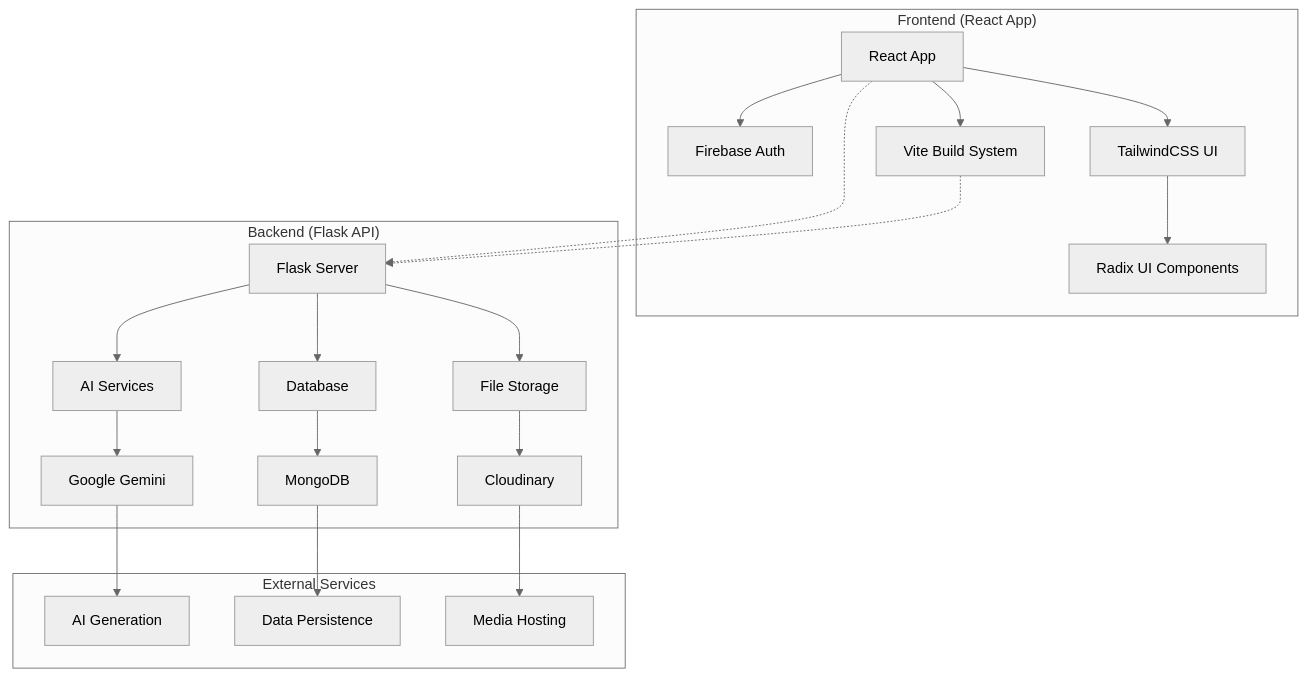
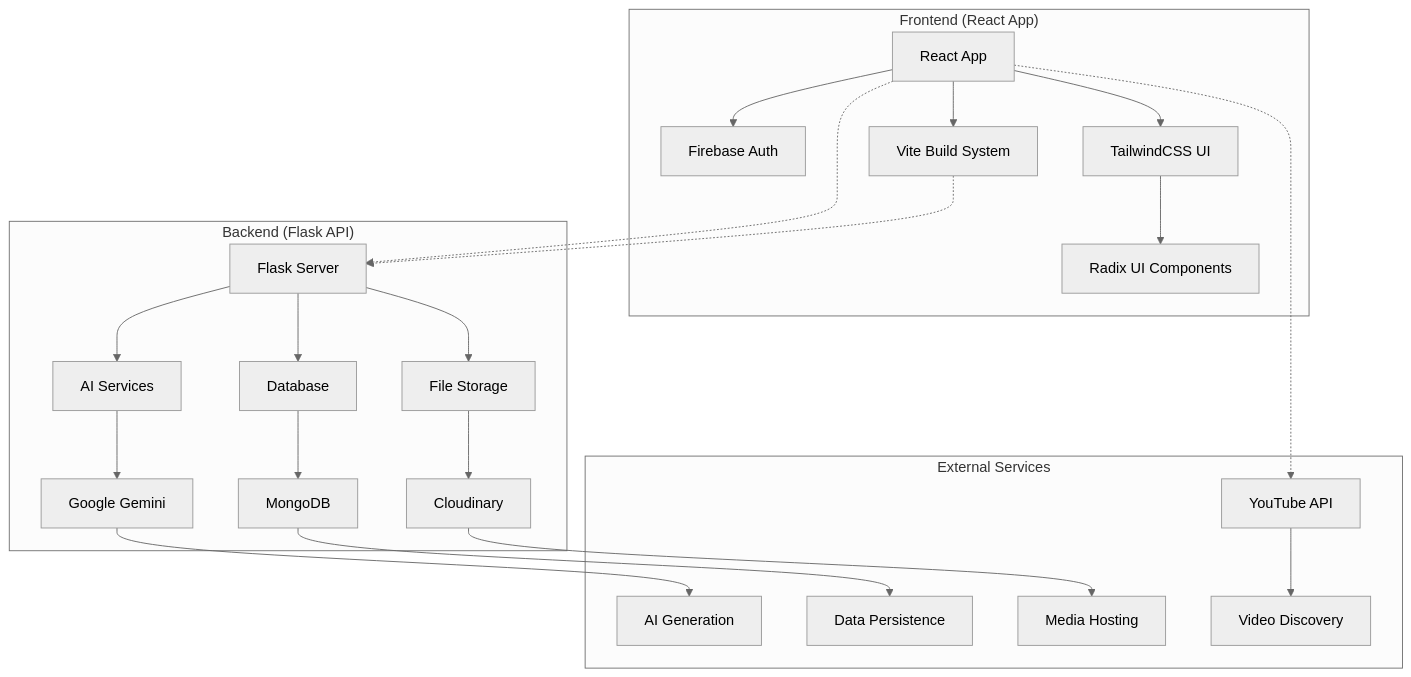
One commit to tanish-jain-225/edvanta changed the diagram in README.md. Above: the diagram before and after it, drawn with Mermaid (neutral theme). The commit also changed other lines of this file and 22 other files, not shown here.

````diff
--- a/README.md
+++ b/README.md
@@ -35,27 +35,29 @@
 ```mermaid
 graph TB
     subgraph "Frontend (React App)"
         A[React App] --> B[Firebase Auth]
         A --> C[TailwindCSS UI]
         A --> D[Vite Build System]
         C --> E[Radix UI Components]
     end
     
     subgraph "Backend (Flask API)"
         F[Flask Server] --> G[AI Services]
         F --> H[Database]
         F --> I[File Storage]
         G --> J[Google Gemini]
         H --> K[MongoDB]
         I --> L[Cloudinary]
     end
     
     subgraph "External Services"
         J --> M[AI Generation]
         K --> N[Data Persistence]
         L --> O[Media Hosting]
+        P[YouTube API] --> Q[Video Discovery]
     end
     
     A -.-> F
     D -.-> F
+    A -.-> P
 ```
````
